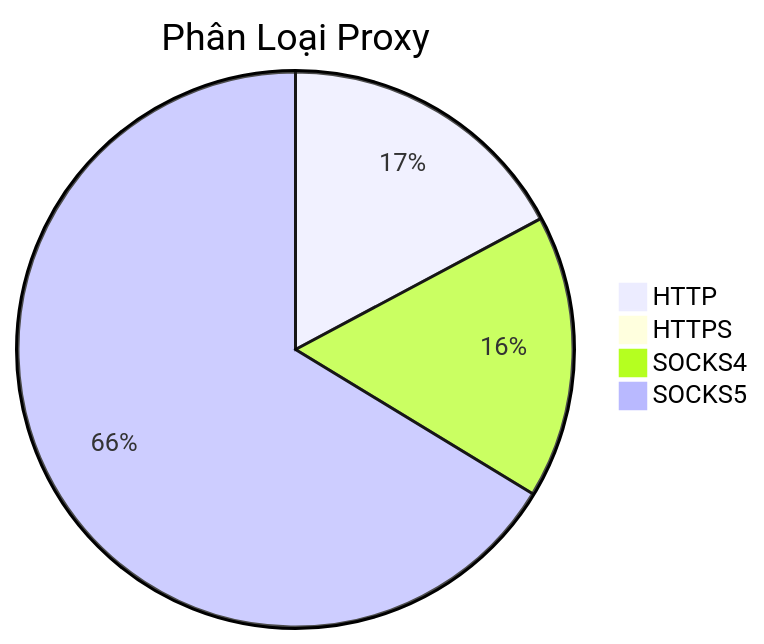
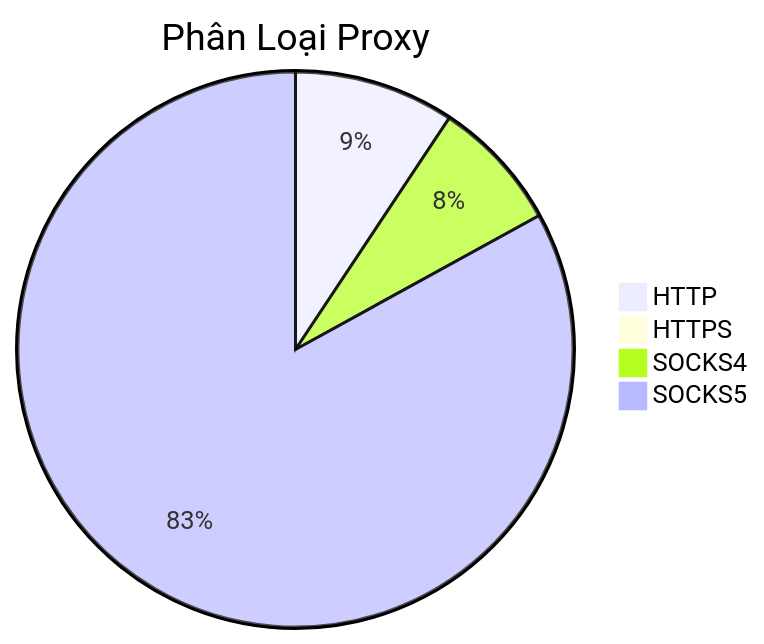
Before and after one commit to Ciara-Aa/PROXY-free: the diagram in README.md, drawn with Mermaid. The commit also changed other lines of this file and 4 other files, not shown here.

````diff
--- a/README.md
+++ b/README.md
@@ -26,7 +26,7 @@
 ```mermaid
 pie title Phân Loại Proxy
-    "HTTP" : 298
-    "HTTPS" : 7
-    "SOCKS4" : 286
-    "SOCKS5" : 1149
+    "HTTP" : 427
+    "HTTPS" : 10
+    "SOCKS4" : 351
+    "SOCKS5" : 3799
 ```
````
